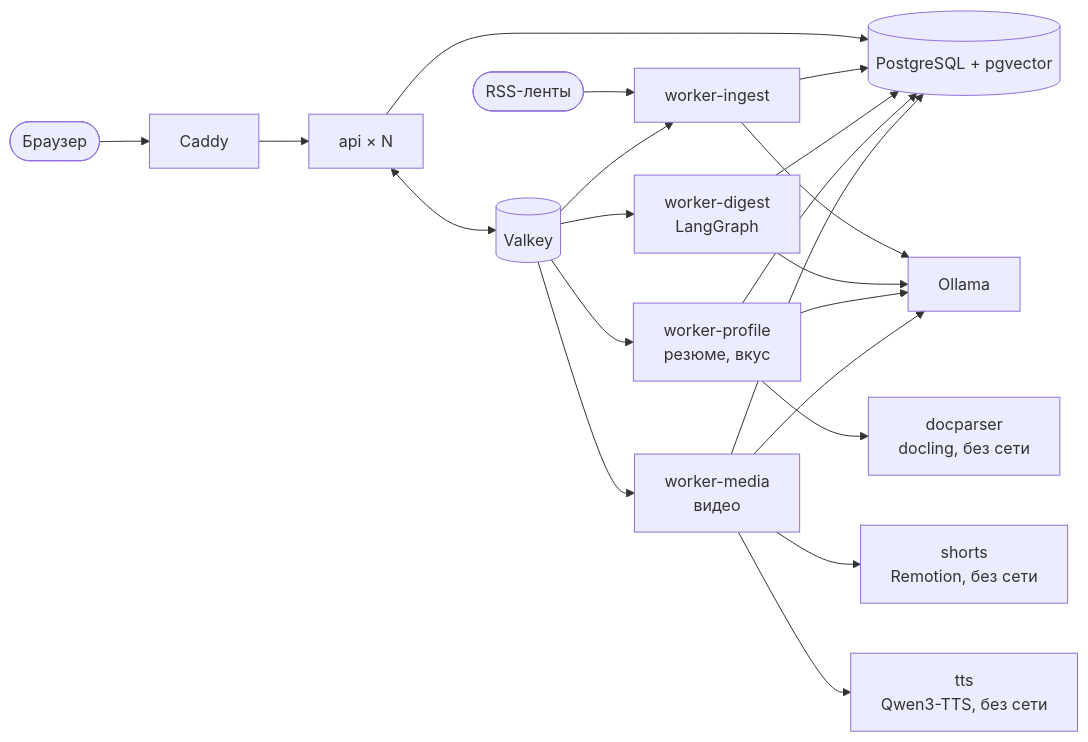
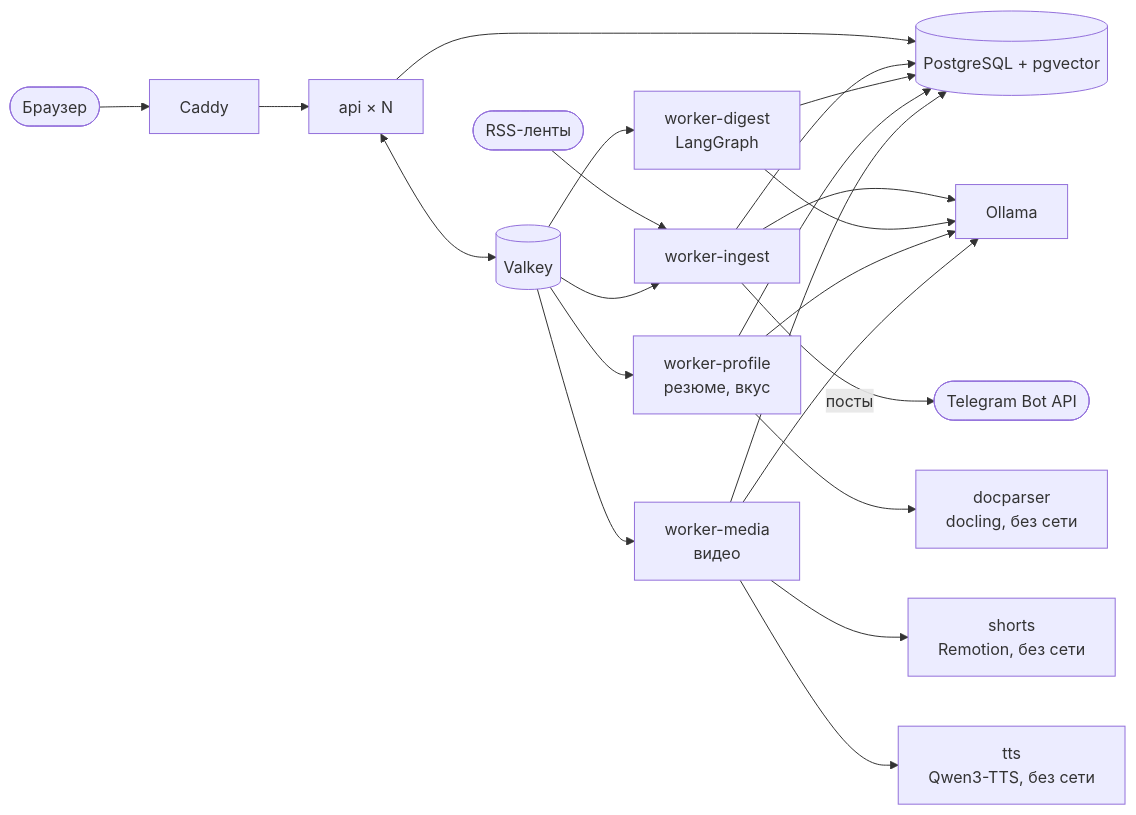
One commit to verikirill/scrap-and-grep changed the diagram in README.md. Above: the diagram before and after it, drawn with Mermaid. The commit also changed other lines of this file and 17 other files, not shown here.

````diff
--- a/README.md
+++ b/README.md
@@ -120,23 +140,24 @@
 ```mermaid
 flowchart LR
     feeds([RSS-ленты]) --> wi[worker-ingest]
     browser([Браузер]) --> web[Caddy]
     web --> api[api × N]
     api --> pg[(PostgreSQL + pgvector)]
     api <--> vk[(Valkey)]
     vk --> wi
     vk --> wd[worker-digest<br/>LangGraph]
     vk --> wp[worker-profile<br/>резюме, вкус]
     wp --> dp[docparser<br/>docling, без сети]
     vk --> wm[worker-media<br/>видео]
     wm --> sh[shorts<br/>Remotion, без сети]
     wm --> tts[tts<br/>Qwen3-TTS, без сети]
     wi --> pg
     wd --> pg
     wp --> pg
     wm --> pg
     wi --> ollama[Ollama]
     wd --> ollama
     wp --> ollama
     wm --> ollama
+    wi -- посты --> tg([Telegram Bot API])
 ```
````
